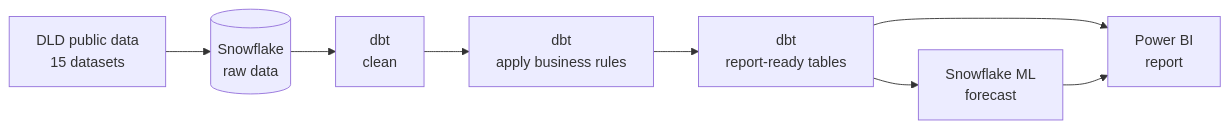
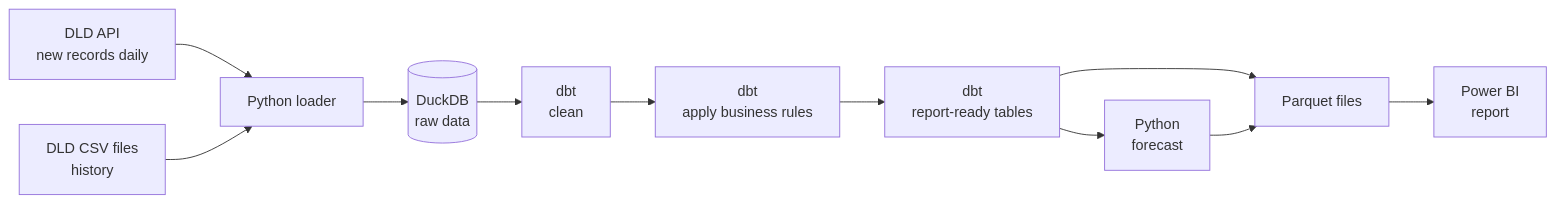
Before and after one commit to zulhaq-analytics/dubai-real-estate-snowflake-dbt: the diagram in README.md, drawn with Mermaid. The commit also changed other lines of this file and 3 other files, not shown here.

First line of the commit message:
README for v2, daily job and forecast backtest

````diff
--- a/README.md
+++ b/README.md
@@ -42,10 +44,13 @@
 ```mermaid
 flowchart LR
-    A[DLD public data<br/>15 datasets] --> B[(Snowflake<br/>raw data)]
-    B --> C[dbt<br/>clean]
-    C --> D[dbt<br/>apply business rules]
-    D --> E[dbt<br/>report-ready tables]
-    E --> F[Snowflake ML<br/>forecast]
-    E --> G[Power BI<br/>report]
-    F --> G
+    A[DLD API<br/>new records daily] --> C[Python loader]
+    B[DLD CSV files<br/>history] --> C
+    C --> D[(DuckDB<br/>raw data)]
+    D --> E[dbt<br/>clean]
+    E --> F[dbt<br/>apply business rules]
+    F --> G[dbt<br/>report-ready tables]
+    G --> H[Python<br/>forecast]
+    G --> I[Parquet files]
+    H --> I
+    I --> J[Power BI<br/>report]
 ```
````
